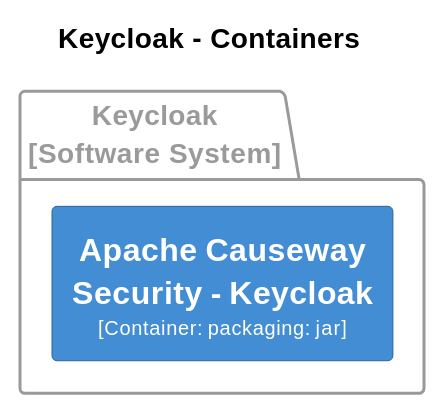
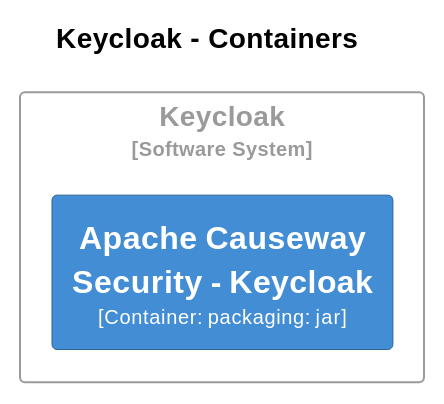
Diagram 12 of 31 in core/adoc/modules/_overview/pages/about.adoc (apache/causeway), drawn with PlantUML before and after one commit. The commit also changed other lines of this file and 4 other files, not shown here.

```diff
--- a/core/adoc/modules/_overview/pages/about.adoc
+++ b/core/adoc/modules/_overview/pages/about.adoc
@@ -2307,33 +2549,33 @@
 [plantuml,Keycloak,svg]
 ----
 @startuml
 set separator none
 title Keycloak - Containers
 
 left to right direction
 
 skinparam {
   shadowing false
   arrowFontSize 10
   defaultTextAlignment center
   wrapWidth 200
   maxMessageSize 100
 }
 
 hide stereotype
 
 skinparam rectangle<<Keycloak.ApacheCausewaySecurityKeycloak>> {
   BackgroundColor #438dd5
   FontColor #fffffe
   BorderColor #2e6295
 }
 
-package "Keycloak\n[Software System]" <<Keycloak>> {
-  skinparam PackageBorderColor<<Keycloak>> #9a9a9a
-  skinparam PackageFontColor<<Keycloak>> #9a9a9a
+rectangle "Keycloak\n<size:10>[Software System]</size>" <<Keycloak>> {
+  skinparam RectangleBorderColor<<Keycloak>> #9a9a9a
+  skinparam RectangleFontColor<<Keycloak>> #9a9a9a
 
   rectangle "==Apache Causeway Security - Keycloak\n<size:10>[Container: packaging: jar]</size>" <<Keycloak.ApacheCausewaySecurityKeycloak>> as Keycloak.ApacheCausewaySecurityKeycloak
 }
 
 @enduml
 ----
```
